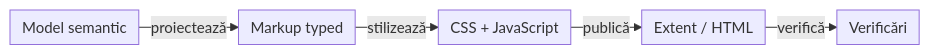
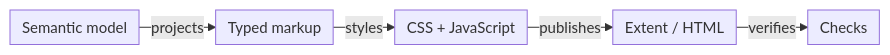
Before and after one commit to crististefanita/atf_j0: the diagram in docs/ATF_Reporting_Display_Contract.md, drawn with Mermaid. The commit also changed other lines of this file and 113 other files, not shown here.

````diff
--- a/docs/ATF_Reporting_Display_Contract.md
+++ b/docs/ATF_Reporting_Display_Contract.md
@@ -15,8 +13,8 @@
 ```mermaid
 %%{init: {"themeVariables":{"fontSize":"15px"},"themeCSS":".nodeLabel, .nodeLabel p { font-size: 15px !important; line-height: 1.35 !important; } .edgeLabel, .edgeLabel p { font-size: 12px !important; font-weight: 400 !important; line-height: 1.2 !important; } .edgeLabel .labelBkg, .edgeLabel p { background: transparent !important; } .edgeLabel foreignObject { transform: translateY(-18px); overflow: visible; } .node rect { rx: 6px; ry: 6px; }","flowchart":{"curve":"linear","nodeSpacing":24,"rankSpacing":24,"padding":6,"diagramPadding":20}}}%%
 flowchart LR
-    Model[Model semantic] -->|proiectează| Markup[Markup typed]
-    Markup -->|stilizează| Assets["CSS + JavaScript"]
-    Assets -->|publică| Artifact["Extent / HTML"]
-    Artifact -->|verifică| Proof["Verificări"]
+    Model[Semantic model] -->|projects| Markup[Typed markup]
+    Markup -->|styles| Assets["CSS + JavaScript"]
+    Assets -->|publishes| Artifact["Extent / HTML"]
+    Artifact -->|verifies| Proof["Checks"]
 ```
````
